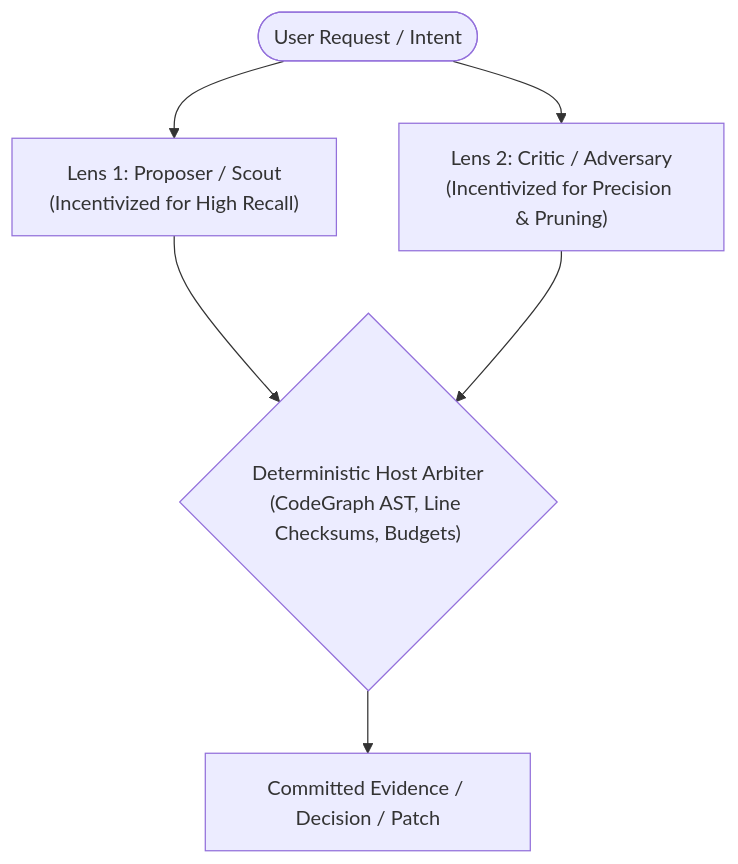
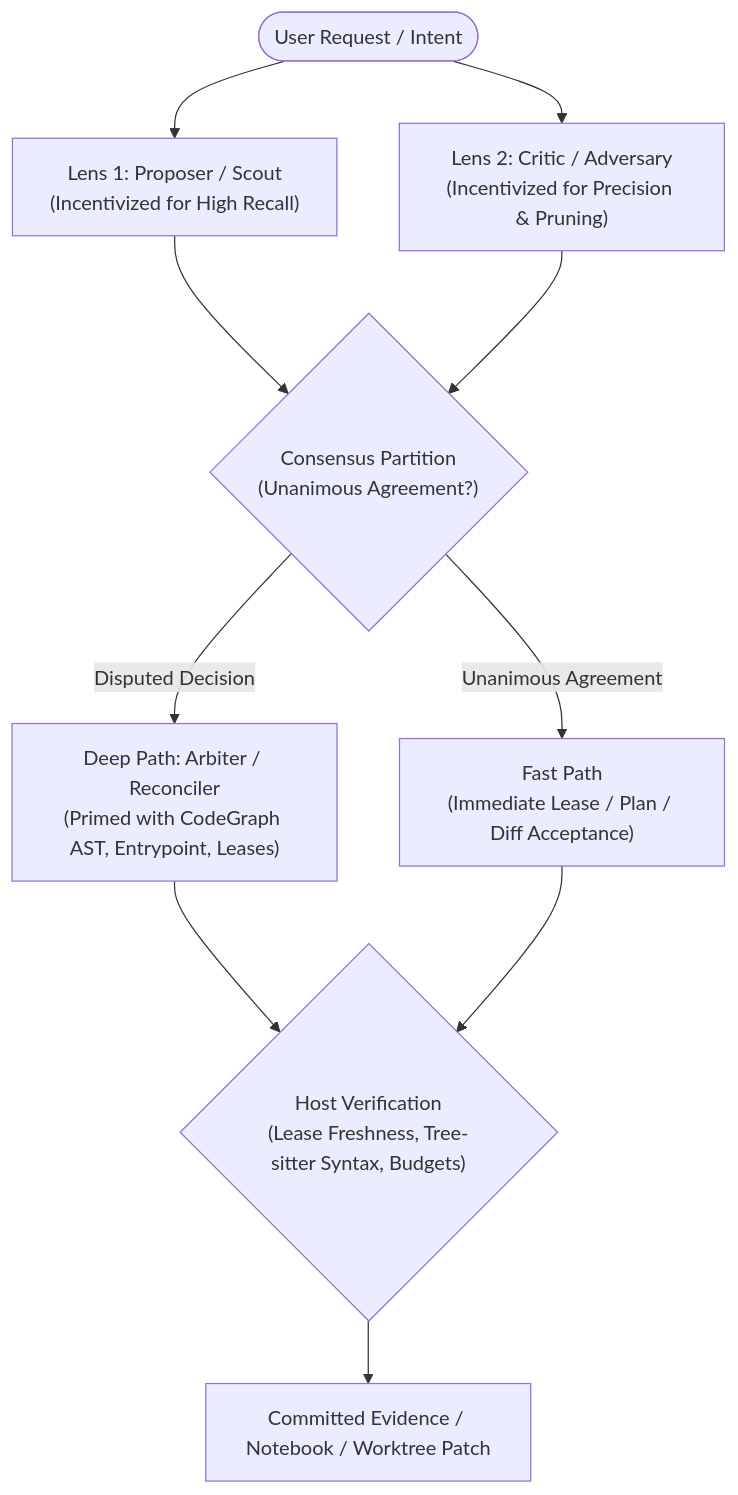
One commit to ShamanAIFramework/loco-app changed the first of 2 diagrams in README.md. Above: the diagram before and after it, drawn with Mermaid. The commit also changed other lines of this file and 7 other files, not shown here.

````diff
--- a/README.md
+++ b/README.md
@@ -20,8 +20,12 @@
 ```mermaid
 flowchart TD
     User([User Request / Intent]) --> Lens1["Lens 1: Proposer / Scout\n(Incentivized for High Recall)"]
     User --> Lens2["Lens 2: Critic / Adversary\n(Incentivized for Precision & Pruning)"]
-    Lens1 --> Arbiter{"Deterministic Host Arbiter\n(CodeGraph AST, Line Checksums, Budgets)"}
-    Lens2 --> Arbiter
-    Arbiter --> Reconciled["Committed Evidence / Decision / Patch"]
+    Lens1 --> Consensus{"Consensus Partition\n(Unanimous Agreement?)"}
+    Lens2 --> Consensus
+    Consensus -->|Unanimous Agreement| Fast["Fast Path\n(Immediate Lease / Plan / Diff Acceptance)"]
+    Consensus -->|Disputed Decision| Arbiter["Deep Path: Arbiter / Reconciler\n(Primed with CodeGraph AST, Entrypoint, Leases)"]
+    Arbiter --> HostCheck{"Host Verification\n(Lease Freshness, Tree-sitter Syntax, Budgets)"}
+    Fast --> HostCheck
+    HostCheck --> Reconciled["Committed Evidence / Notebook / Worktree Patch"]
 ```
````
